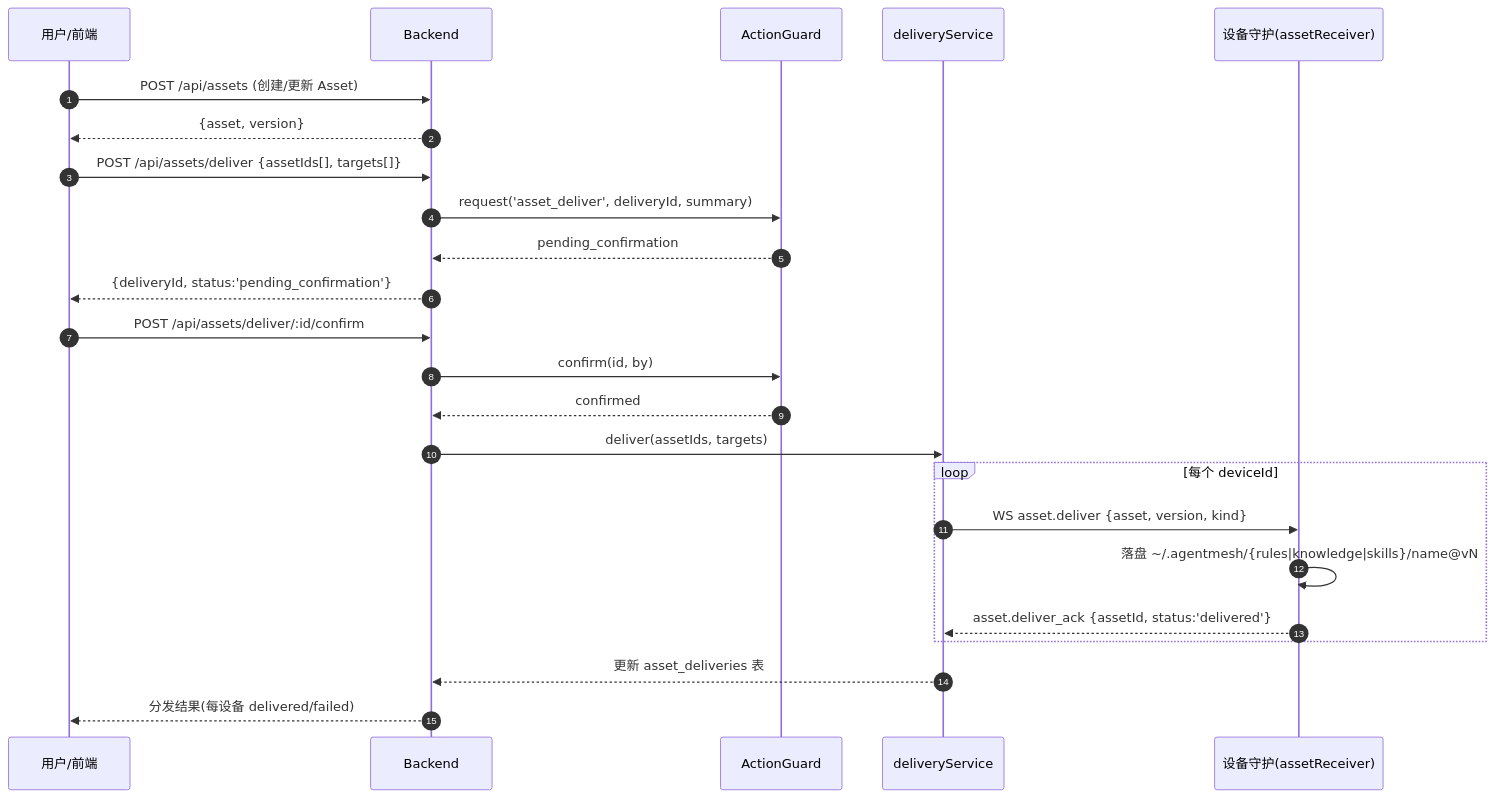
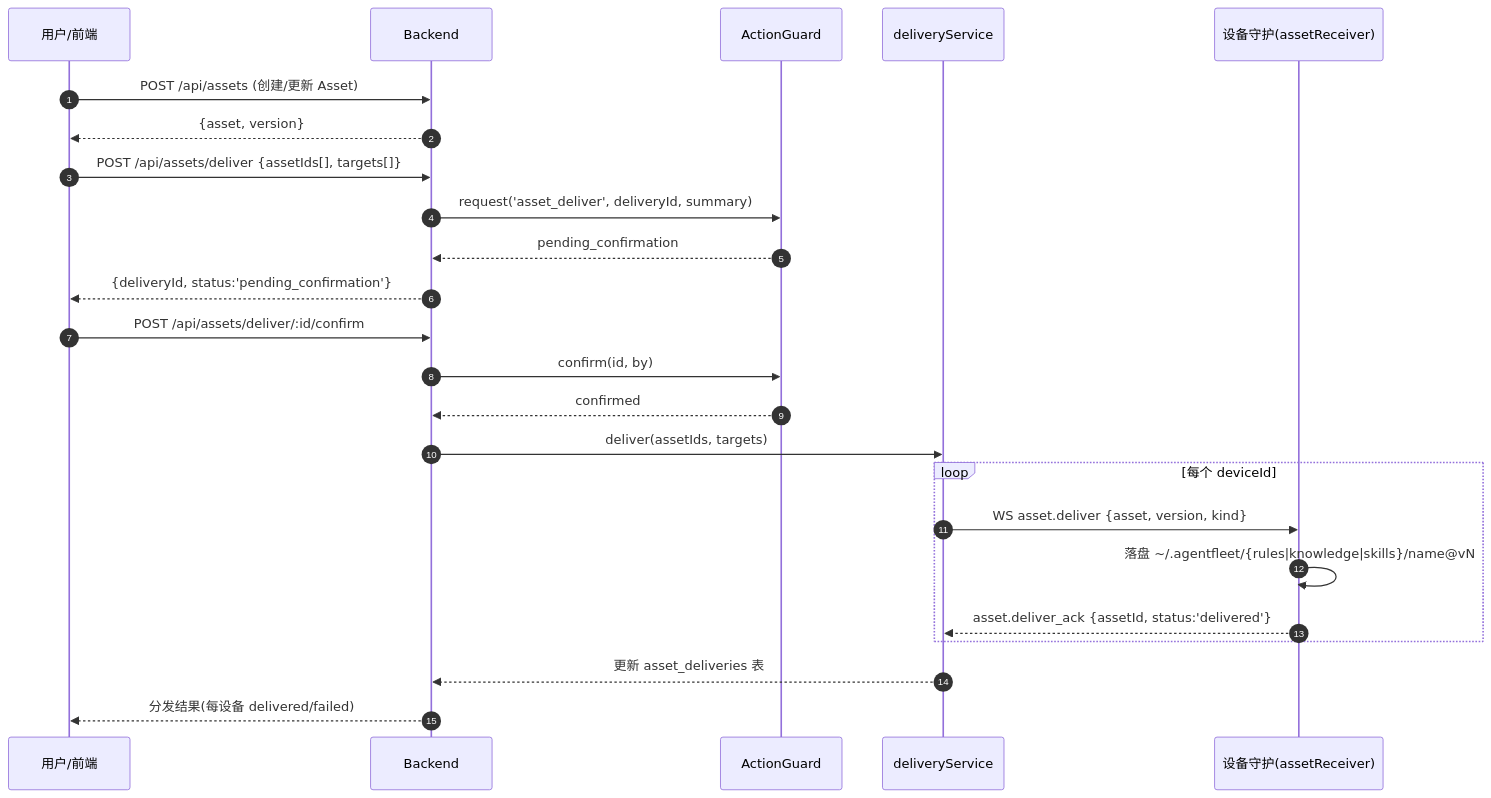
The fourth of 6 diagrams in docs/11-路由网关融合架构设计.md (narkco-kang/agent-fleet), drawn with Mermaid before and after one commit. The commit also changed other lines of this file and 186 other files, not shown here.

````diff
--- a/docs/11-路由网关融合架构设计.md
+++ b/docs/11-路由网关融合架构设计.md
@@ -501,27 +501,27 @@
 ```mermaid
 sequenceDiagram
     autonumber
     participant U as 用户/前端
     participant B as Backend
     participant AG as ActionGuard
     participant DS as deliveryService
     participant DA as 设备守护(assetReceiver)
 
     U->>B: POST /api/assets (创建/更新 Asset)
     B-->>U: {asset, version}
     U->>B: POST /api/assets/deliver {assetIds[], targets[]}
     B->>AG: request('asset_deliver', deliveryId, summary)
     AG-->>B: pending_confirmation
     B-->>U: {deliveryId, status:'pending_confirmation'}
     U->>B: POST /api/assets/deliver/:id/confirm
     B->>AG: confirm(id, by)
     AG-->>B: confirmed
     B->>DS: deliver(assetIds, targets)
     loop 每个 deviceId
         DS->>DA: WS asset.deliver {asset, version, kind}
-        DA->>DA: 落盘 ~/.agentmesh/{rules|knowledge|skills}/name@vN
+        DA->>DA: 落盘 ~/.agentfleet/{rules|knowledge|skills}/name@vN
         DA-->>DS: asset.deliver_ack {assetId, status:'delivered'}
     end
     DS-->>B: 更新 asset_deliveries 表
     B-->>U: 分发结果(每设备 delivered/failed)
 ```
````
